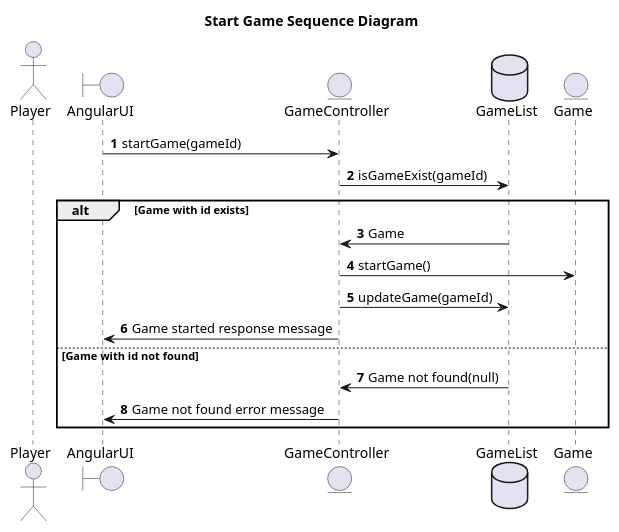
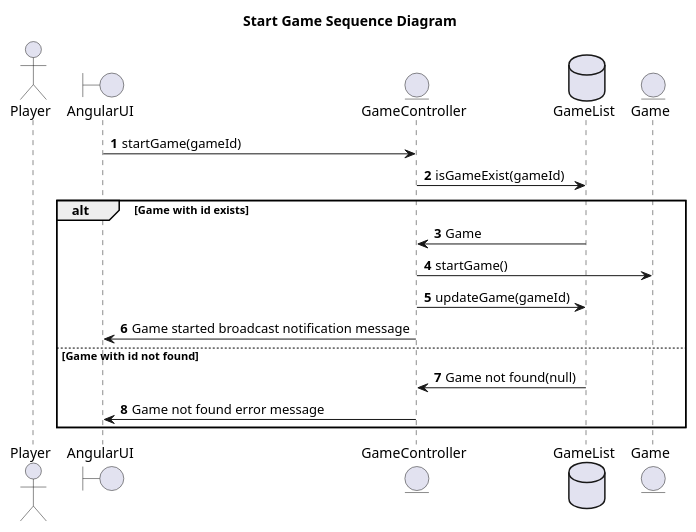
The diagram in clue-less-backend/start_game.puml (gurmsc5/Clue-Less), drawn with PlantUML before and after one commit. The commit also changed 1 other file, not shown here.

Commit message:
Fixes to end game sequence diagram

```diff
--- a/clue-less-backend/start_game.puml
+++ b/clue-less-backend/start_game.puml
@@ -1,26 +1,26 @@
 @startuml
 
 title Start Game Sequence Diagram
 
 autonumber
 actor Player
 boundary AngularUI
 entity GameController
 
 AngularUI -> GameController: startGame(gameId)
 database GameList
 GameController -> GameList: isGameExist(gameId)
 entity Game
 
 alt Game with id exists
     GameList -> GameController: Game
     GameController -> Game: startGame()
     GameController -> GameList: updateGame(gameId)
-    GameController -> AngularUI: Game started response message
+    GameController -> AngularUI: Game started broadcast notification message
 
 else Game with id not found
     GameList -> GameController: Game not found(null)
     GameController -> AngularUI: Game not found error message
 end
 
 @enduml
```
